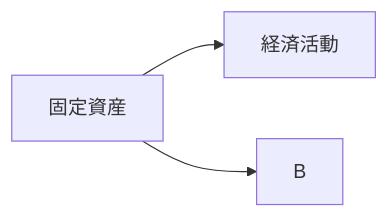
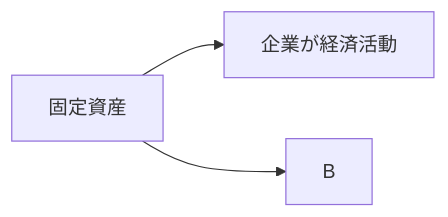
Before and after one commit to bebetakumi/mermaid: the diagram in 固定資産/固定資産の分類.md, drawn with Mermaid.

````diff
--- a/固定資産/固定資産の分類.md
+++ b/固定資産/固定資産の分類.md
@@ -7,7 +7,7 @@
 ```mermaid
 graph LR;
 
-固定資産 --> 経済活動;
+固定資産 --> 企業が経済活動;
 固定資産 --> B;
 
 ```
````
